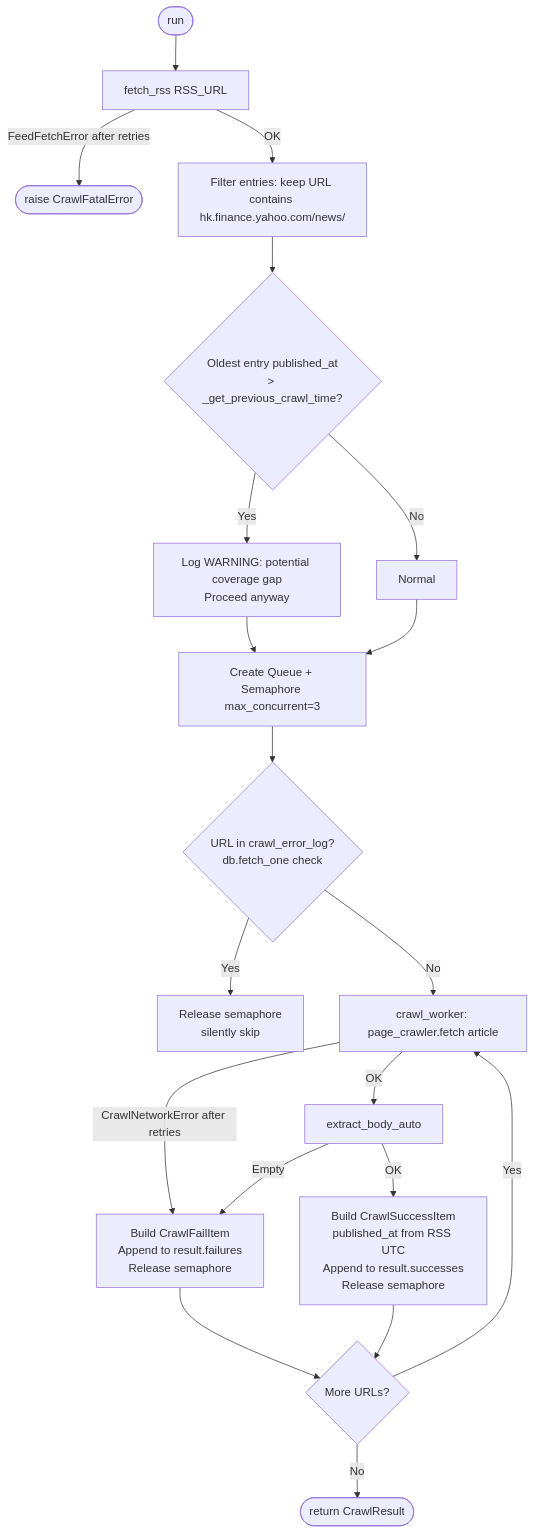
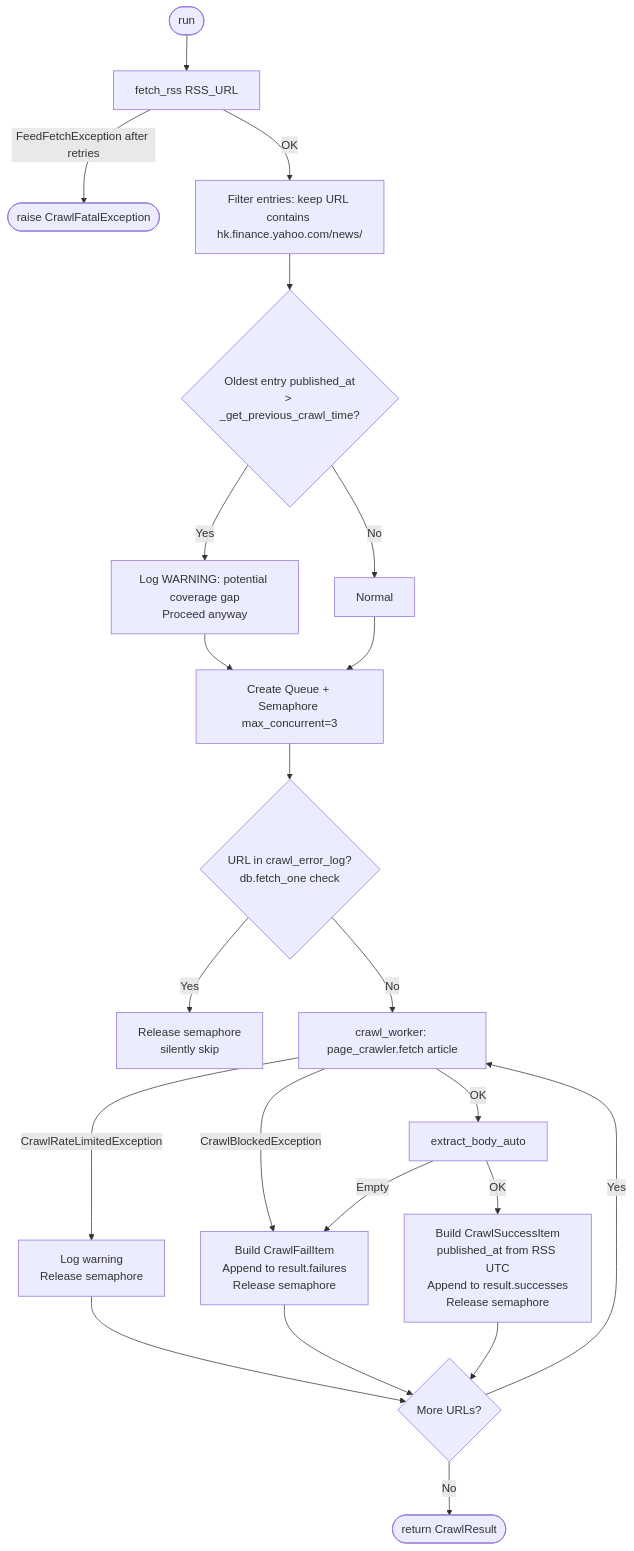
One commit to mars-xiaoyi/wealthfinder changed the ninth of 11 diagrams in stock-assistant-data-ingestion/docs/implementation.md. Above: the diagram before and after it, drawn with Mermaid. The commit also changed other lines of this file and 30 other files, not shown here.

````diff
--- a/stock-assistant-data-ingestion/docs/implementation.md
+++ b/stock-assistant-data-ingestion/docs/implementation.md
@@ -1402,20 +1414,21 @@
 ```mermaid
 flowchart TD
     A([run]) --> B[fetch_rss RSS_URL]
-    B -->|FeedFetchError after retries| C([raise CrawlFatalError])
+    B -->|FeedFetchException after retries| C([raise CrawlFatalException])
     B -->|OK| D[Filter entries: keep URL contains hk.finance.yahoo.com/news/]
     D --> E{Oldest entry published_at\n> _get_previous_crawl_time?}
     E -->|Yes| F[Log WARNING: potential coverage gap\nProceed anyway]
     E -->|No| G[Normal]
     F & G --> H[Create Queue + Semaphore max_concurrent=3]
     H --> CHK{URL in crawl_error_log?\ndb.fetch_one check}
     CHK -->|Yes| SKIP[Release semaphore\nsilently skip]
     CHK -->|No| I[crawl_worker: page_crawler.fetch article]
-    I -->|CrawlNetworkError after retries| J[Build CrawlFailItem\nAppend to result.failures\nRelease semaphore]
+    I -->|CrawlRateLimitedException| J2[Log warning\nRelease semaphore]
+    I -->|CrawlBlockedException| J[Build CrawlFailItem\nAppend to result.failures\nRelease semaphore]
     I -->|OK| K[extract_body_auto]
     K -->|Empty| J
     K -->|OK| L[Build CrawlSuccessItem\npublished_at from RSS UTC\nAppend to result.successes\nRelease semaphore]
-    J & L --> N{More URLs?}
+    J & J2 & L --> N{More URLs?}
     N -->|Yes| I
     N -->|No| O([return CrawlResult])
 ```
````
